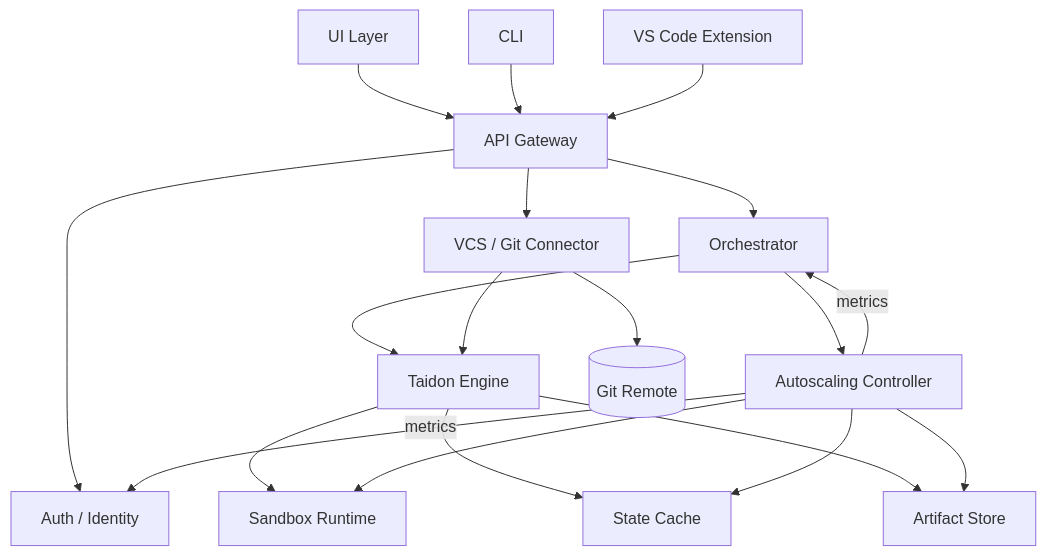
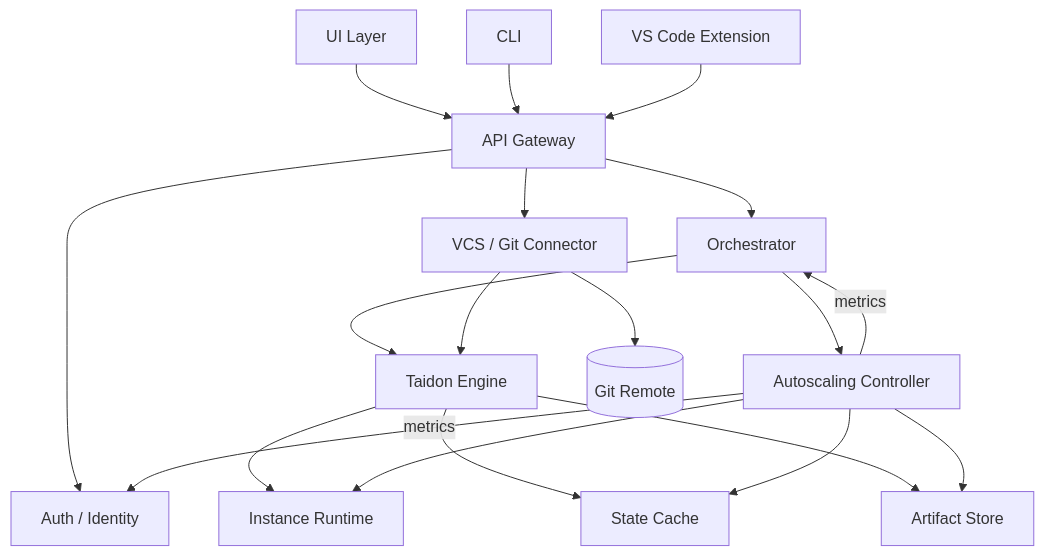
The second of 2 diagrams in docs/requirements-architecture.RU.md (kimak-irmagi/taidon), drawn with Mermaid before and after one commit. The commit also changed other lines of this file and 90 other files, not shown here.

````diff
--- a/docs/requirements-architecture.RU.md
+++ b/docs/requirements-architecture.RU.md
@@ -140,39 +140,39 @@
 ```mermaid
 flowchart TB
     UI[UI Layer]
     CLI[CLI]
     IDE[VS Code Extension]
 
     APIGW[API Gateway]
     AUTH[Auth / Identity]
     ORCH[Orchestrator]
     ENGINE[Taidon Engine]
     VCS[VCS / Git Connector]
     AUTO[Autoscaling Controller]
 
-    RUNTIME[Sandbox Runtime]
+    RUNTIME[Instance Runtime]
     CACHE[State Cache]
     STORE[Artifact Store]
     GIT[(Git Remote)]
 
     UI --> APIGW
     CLI --> APIGW
     IDE --> APIGW
 
     APIGW --> AUTH
     APIGW --> ORCH
     APIGW --> VCS
 
     ORCH --> ENGINE
     ORCH --> AUTO
     ENGINE --> RUNTIME
     ENGINE --> CACHE
     ENGINE --> STORE
     VCS --> ENGINE
     VCS --> GIT
     AUTO --> RUNTIME
     AUTO --> CACHE
     AUTO --> STORE
     AUTO -->|metrics| AUTH
     AUTO -->|metrics| ORCH
 ```
````
